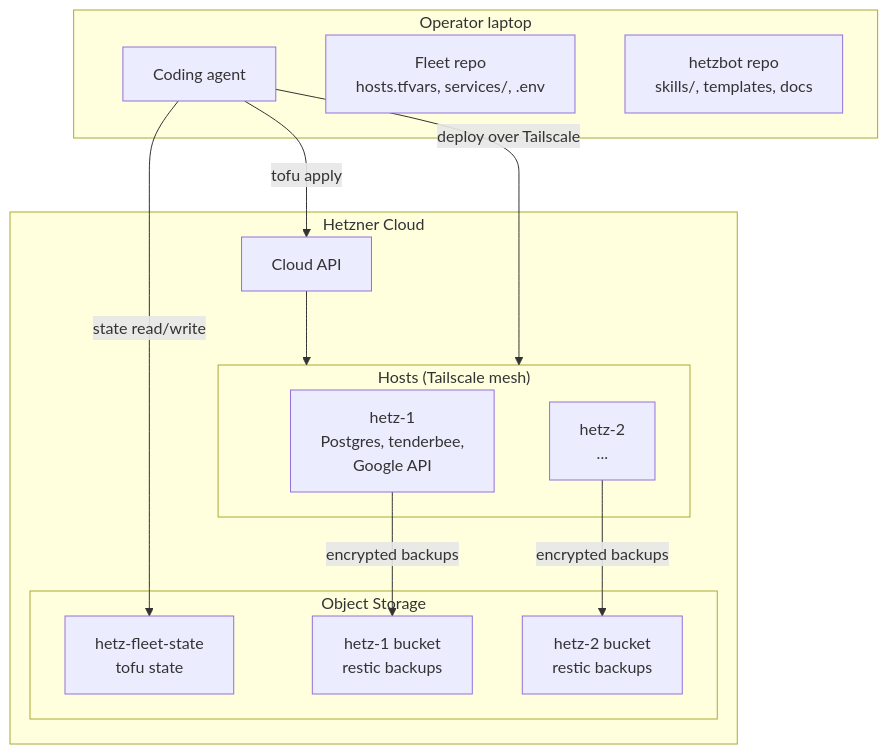
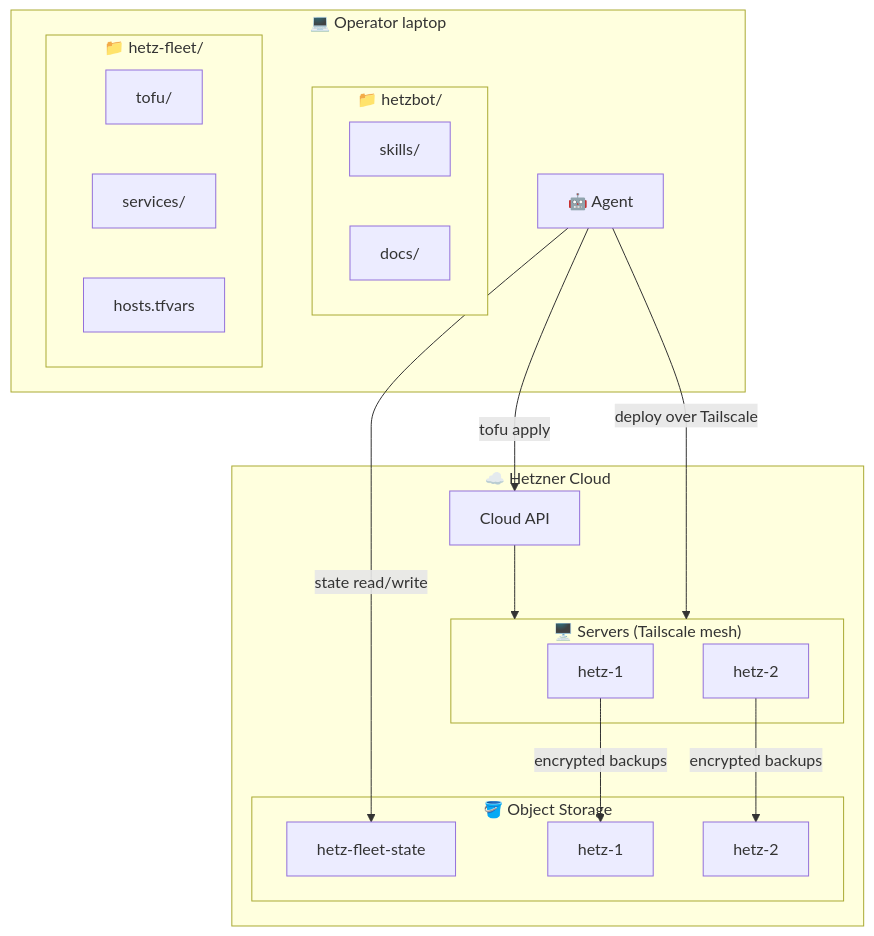
The diagram in README.md (tomspiegl/hetzbot), drawn with Mermaid before and after one commit.

Commit message:
Improve README mermaid diagram with icons and folder structure

````diff
--- a/README.md
+++ b/README.md
@@ -9,28 +9,35 @@
 ```mermaid
 graph TB
-    subgraph Operator["Operator laptop"]
-        Agent[Coding agent]
-        Fleet[Fleet repo<br/>hosts.tfvars, services/, .env]
-        FW[hetzbot repo<br/>skills/, templates, docs]
+    subgraph Laptop["💻 Operator laptop"]
+        Agent["🤖 Agent"]
+        subgraph HB["📁 hetzbot/"]
+            Skills["skills/"]
+            Docs["docs/"]
+        end
+        subgraph HF["📁 hetz-fleet/"]
+            Tofu["tofu/"]
+            Services["services/"]
+            Hosts["hosts.tfvars"]
+        end
     end
 
-    subgraph Hetzner["Hetzner Cloud"]
-        API[Cloud API]
-        subgraph Hosts["Hosts (Tailscale mesh)"]
-            H1["hetz-1<br/>Postgres, tenderbee,<br/>Google API"]
-            H2["hetz-2<br/>..."]
+    subgraph Hetzner["☁️ Hetzner Cloud"]
+        API["Cloud API"]
+        subgraph Servers["🖥️ Servers (Tailscale mesh)"]
+            H1["hetz-1"]
+            H2["hetz-2"]
         end
-        subgraph S3["Object Storage"]
-            TFS["hetz-fleet-state<br/>tofu state"]
-            B1["hetz-1 bucket<br/>restic backups"]
-            B2["hetz-2 bucket<br/>restic backups"]
+        subgraph S3["🪣 Object Storage"]
+            TFS["hetz-fleet-state"]
+            B1["hetz-1"]
+            B2["hetz-2"]
         end
     end
 
     Agent -->|tofu apply| API
-    API --> Hosts
-    Agent -->|deploy over Tailscale| Hosts
+    API --> Servers
+    Agent -->|deploy over Tailscale| Servers
     H1 -->|encrypted backups| B1
     H2 -->|encrypted backups| B2
     Agent -->|state read/write| TFS
 ```
````
